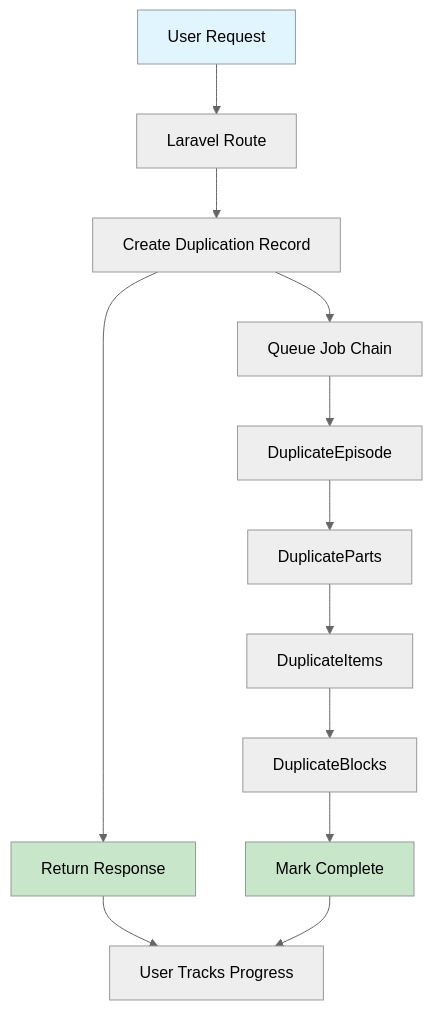
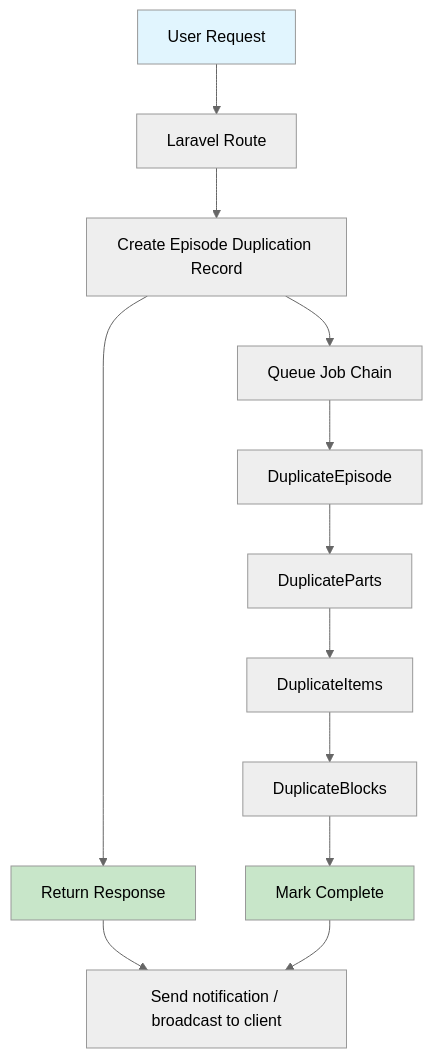
One commit to rstek/cuez-assignment changed the diagram in assets/architecture-flow.mmd. Above: the diagram before and after it, drawn with Mermaid (neutral theme). The commit also changed 1 other file, not shown here.

Commit message:
Fix paragraphs readme. And fix mmd diagram ERD

```diff
--- a/assets/architecture-flow.mmd
+++ b/assets/architecture-flow.mmd
@@ -1,18 +1,18 @@
 flowchart TD
     A[User Request] --> B[Laravel Route]
-    B --> C[Create Duplication Record]
+    B --> C[Create Episode Duplication Record]
     C --> D[Queue Job Chain]
     C --> E[Return Response]
 
     D --> F[DuplicateEpisode]
     F --> G[DuplicateParts]
     G --> H[DuplicateItems]
     H --> I[DuplicateBlocks]
     I --> J[Mark Complete]
 
     E --> K[User Tracks Progress]
-    J --> K
+    J --> K[Send notification / broadcast to client]
 
     style A fill:#e1f5fe
     style E fill:#c8e6c9
     style J fill:#c8e6c9
```
